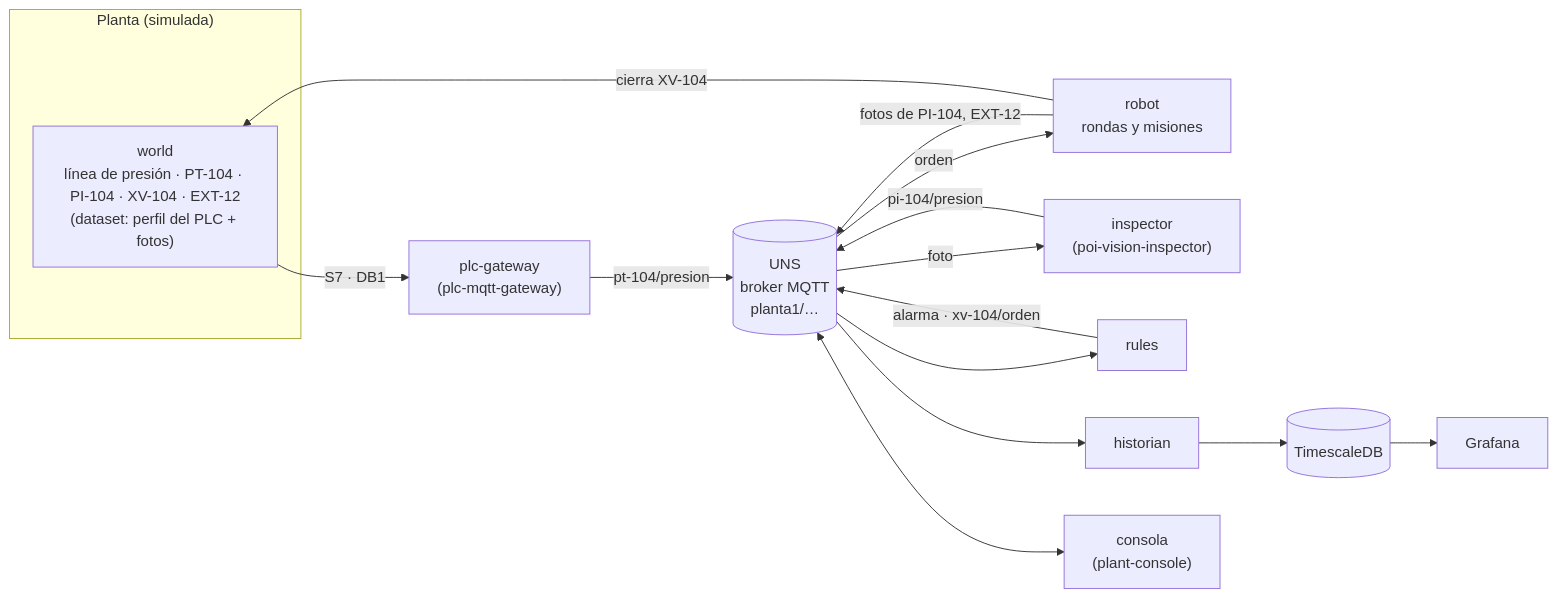
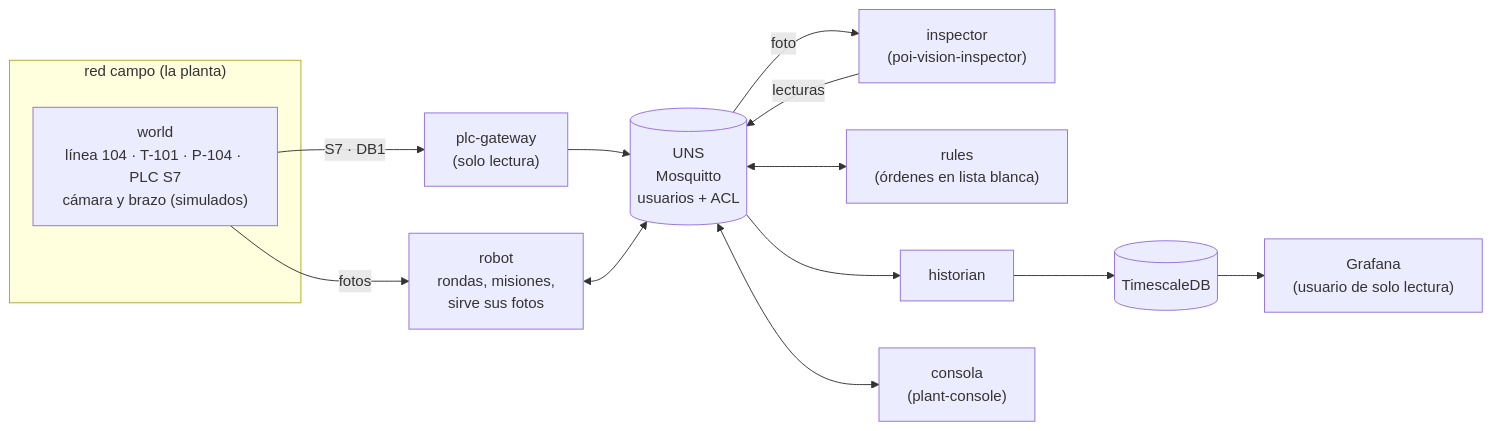
Before and after one commit to aseinotegi/industrial-uns-demo: the diagram in README.es.md, drawn with Mermaid. The commit also changed other lines of this file and 47 other files, not shown here.

First line of the commit message:
A realistic plant, more PLC signals, real photos and a locked-down network

````diff
--- a/README.es.md
+++ b/README.es.md
@@ -13,18 +15,15 @@
 ```mermaid
 flowchart LR
-    subgraph plant["Planta (simulada)"]
-        W["world<br/>línea de presión · PT-104 · PI-104 · XV-104 · EXT-12<br/>(dataset: perfil del PLC + fotos)"]
+    subgraph campo["red campo (la planta)"]
+        W["world<br/>línea 104 · T-101 · P-104 · PLC S7<br/>cámara y brazo (simulados)"]
     end
-    R["robot<br/>rondas y misiones"] -- "fotos de PI-104, EXT-12" --> B
-    W -- "S7 · DB1" --> G["plc-gateway<br/>(plc-mqtt-gateway)"]
-    G -- "pt-104/presion" --> B
-    B[("UNS<br/>broker MQTT<br/>planta1/…")]
+    W -- "S7 · DB1" --> G["plc-gateway<br/>(solo lectura)"]
+    W -- "fotos" --> R["robot<br/>rondas, misiones,<br/>sirve sus fotos"]
+    G --> B
+    R <--> B[("UNS<br/>Mosquitto<br/>usuarios + ACL")]
     B -- foto --> V["inspector<br/>(poi-vision-inspector)"]
-    V -- "pi-104/presion" --> B
-    B --> RU["rules"]
-    RU -- "alarma · xv-104/orden" --> B
-    B -- orden --> R
-    R -- "cierra XV-104" --> W
-    B --> H["historian"] --> T[("TimescaleDB")] --> GR["Grafana"]
+    V -- lecturas --> B
+    B <--> RU["rules<br/>(órdenes en lista blanca)"]
+    B --> H["historian"] --> T[("TimescaleDB")] --> GR["Grafana<br/>(usuario de solo lectura)"]
     B <--> C["consola<br/>(plant-console)"]
 ```
````
